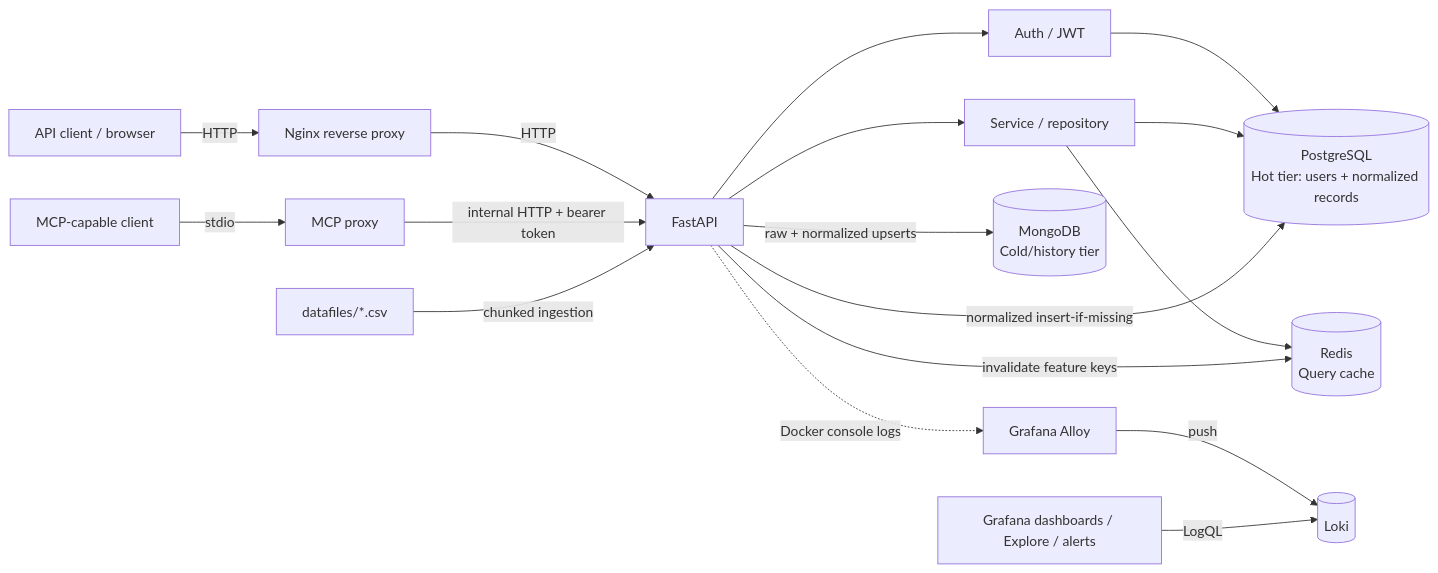
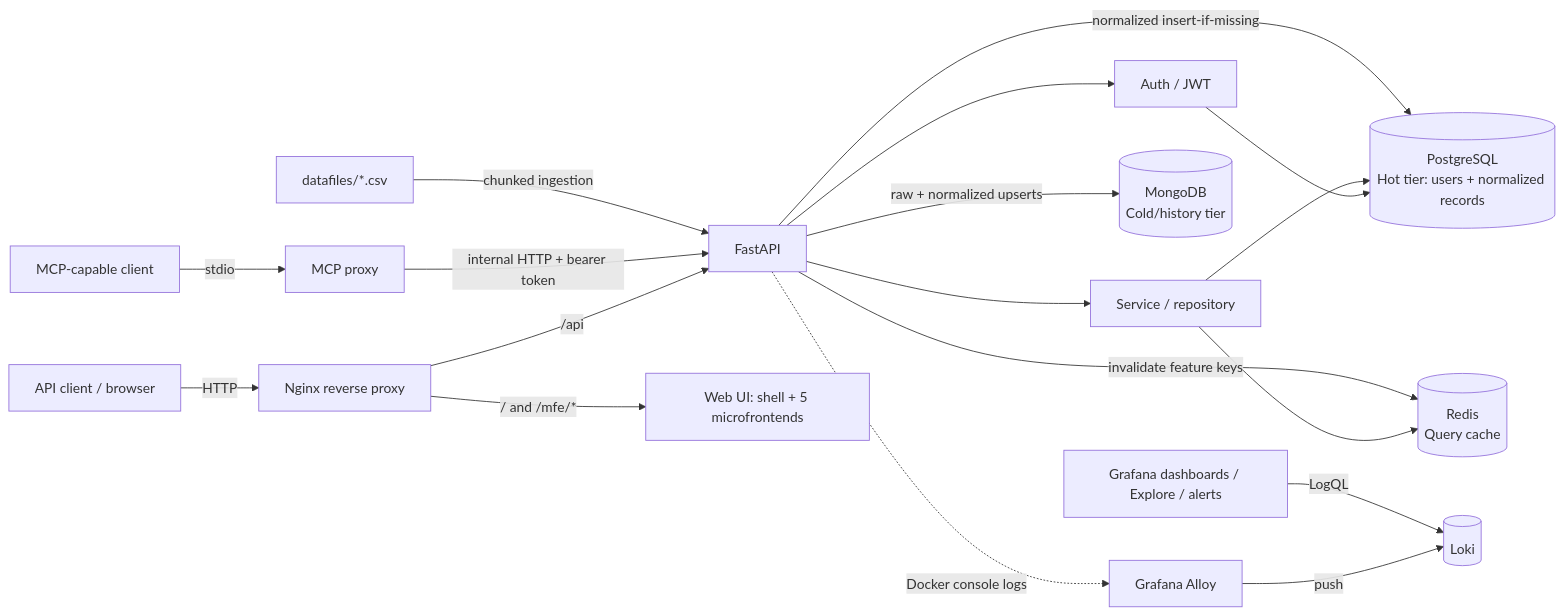
One commit to kaushal-adoptiv/DataBix-open changed the diagram in README.md. Above: the diagram before and after it, drawn with Mermaid. The commit also changed other lines of this file and 194 other files, not shown here.

````diff
--- a/README.md
+++ b/README.md
@@ -37,22 +45,23 @@
 ```mermaid
 flowchart LR
 	Client[API client / browser] -->|HTTP| Nginx[Nginx reverse proxy]
-	Nginx -->|HTTP| API[FastAPI]
+	Nginx -->|/api| API[FastAPI]
+	Nginx -->|/ and /mfe/*| Web[Web UI: shell + 5 microfrontends]
 	MCPClient[MCP-capable client] -->|stdio| MCP[MCP proxy]
 	MCP -->|internal HTTP + bearer token| API
 
 	API --> Auth[Auth / JWT]
 	Auth --> PG[(PostgreSQL\nHot tier: users + normalized records)]
 	API --> Service[Service / repository]
 	Service --> PG
 	Service --> Redis[(Redis\nQuery cache)]
 
 	CSV[datafiles/*.csv] -->|chunked ingestion| API
 	API -->|raw + normalized upserts| Mongo[(MongoDB\nCold/history tier)]
 	API -->|normalized insert-if-missing| PG
 	API -->|invalidate feature keys| Redis
 
 	API -. Docker console logs .-> Alloy[Grafana Alloy]
 	Alloy -->|push| Loki[(Loki)]
 	Grafana[Grafana dashboards / Explore / alerts] -->|LogQL| Loki
 ```
````
